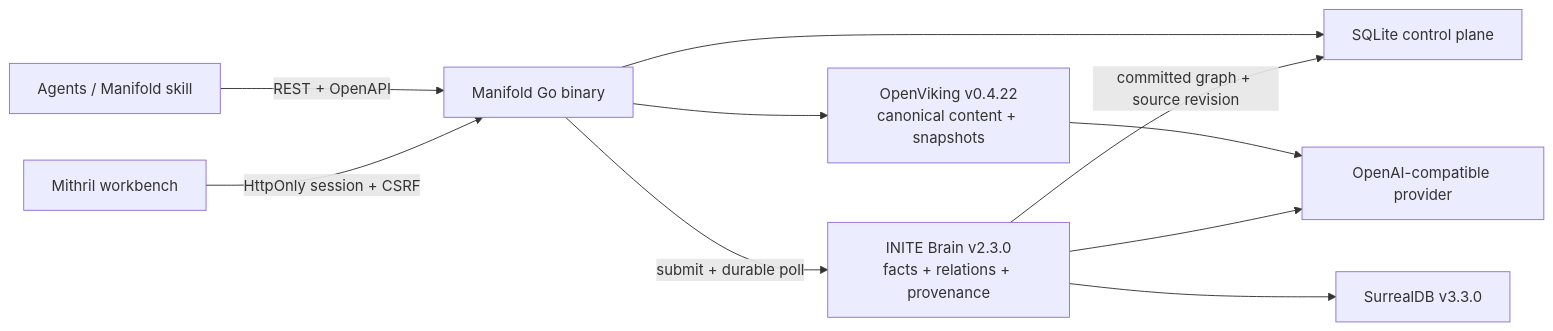
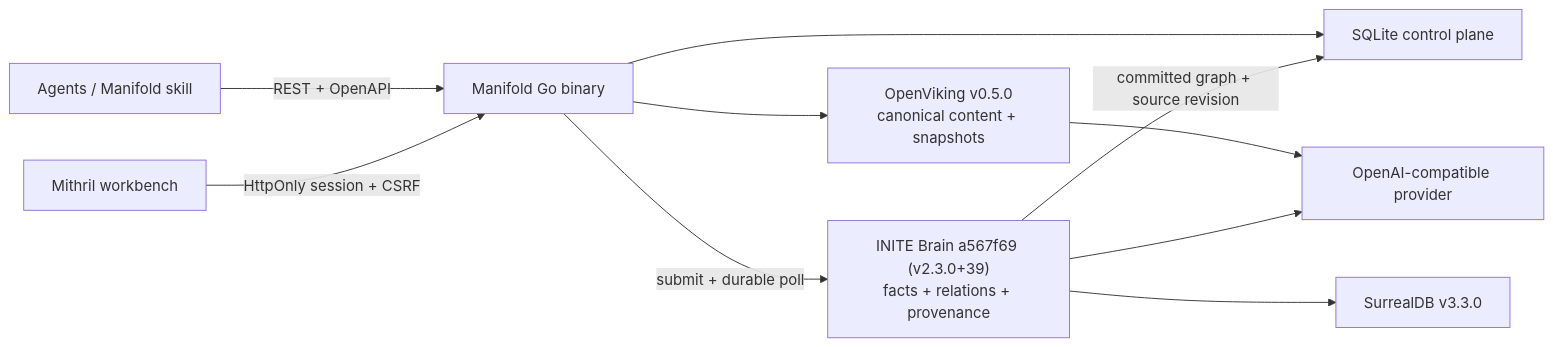
The diagram in README.md (iamwavecut/Manifold), drawn with Mermaid before and after one commit. The commit also changed other lines of this file and 31 other files, not shown here.

````diff
--- a/README.md
+++ b/README.md
@@ -129,12 +129,12 @@
 ```mermaid
 flowchart LR
     Agent["Agents / Manifold skill"] -->|"REST + OpenAPI"| API["Manifold Go binary"]
     Browser["Mithril workbench"] -->|"HttpOnly session + CSRF"| API
     API --> SQLite["SQLite control plane"]
-    API --> OV["OpenViking v0.4.22\ncanonical content + snapshots"]
-    API -->|"submit + durable poll"| Brain["INITE Brain v2.3.0\nfacts + relations + provenance"]
+    API --> OV["OpenViking v0.5.0\ncanonical content + snapshots"]
+    API -->|"submit + durable poll"| Brain["INITE Brain a567f69 (v2.3.0+39)\nfacts + relations + provenance"]
     Brain --> Surreal["SurrealDB v3.3.0"]
     Brain -->|"committed graph + source revision"| SQLite
     OV --> Provider["OpenAI-compatible provider"]
     Brain --> Provider
 ```
````
